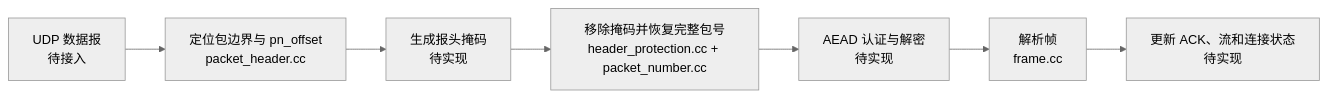
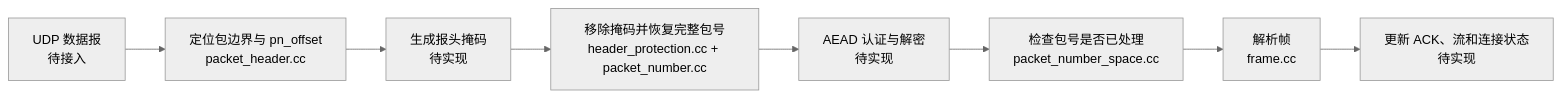
One commit to GodHuai/cs144-my changed the diagram in docs/quic-v1/implementation.md. Above: the diagram before and after it, drawn with Mermaid (neutral theme). The commit also changed other lines of this file and 6 other files, not shown here.

Commit message:
Track QUIC packet number spaces and received duplicates

````diff
--- a/docs/quic-v1/implementation.md
+++ b/docs/quic-v1/implementation.md
@@ -11,9 +11,10 @@
 ```mermaid
 flowchart LR
   A[UDP 数据报<br/>待接入] --> B[定位包边界与 pn_offset<br/>packet_header.cc]
   B --> C[生成报头掩码<br/>待实现]
   C --> D[移除掩码并恢复完整包号<br/>header_protection.cc + packet_number.cc]
   D --> E[AEAD 认证与解密<br/>待实现]
-  E --> F[解析帧<br/>frame.cc]
-  F --> G[更新 ACK、流和连接状态<br/>待实现]
+  E --> F[检查包号是否已处理<br/>packet_number_space.cc]
+  F --> G[解析帧<br/>frame.cc]
+  G --> H[更新 ACK、流和连接状态<br/>待实现]
 ```
````
